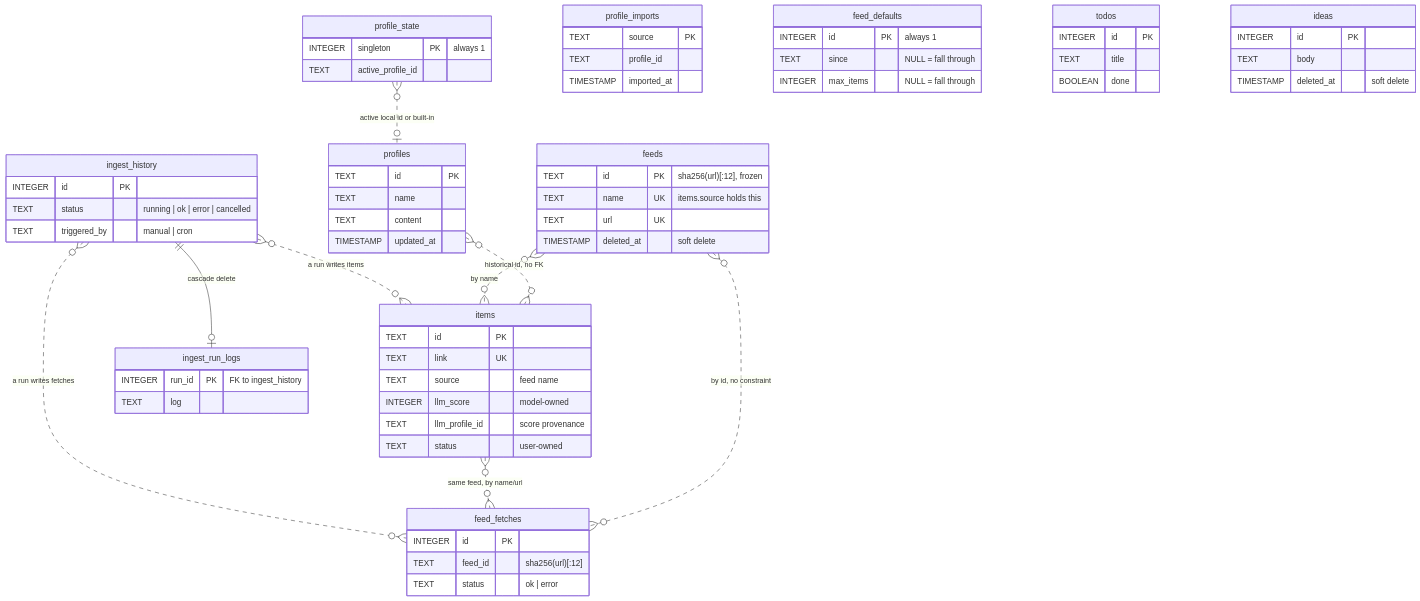
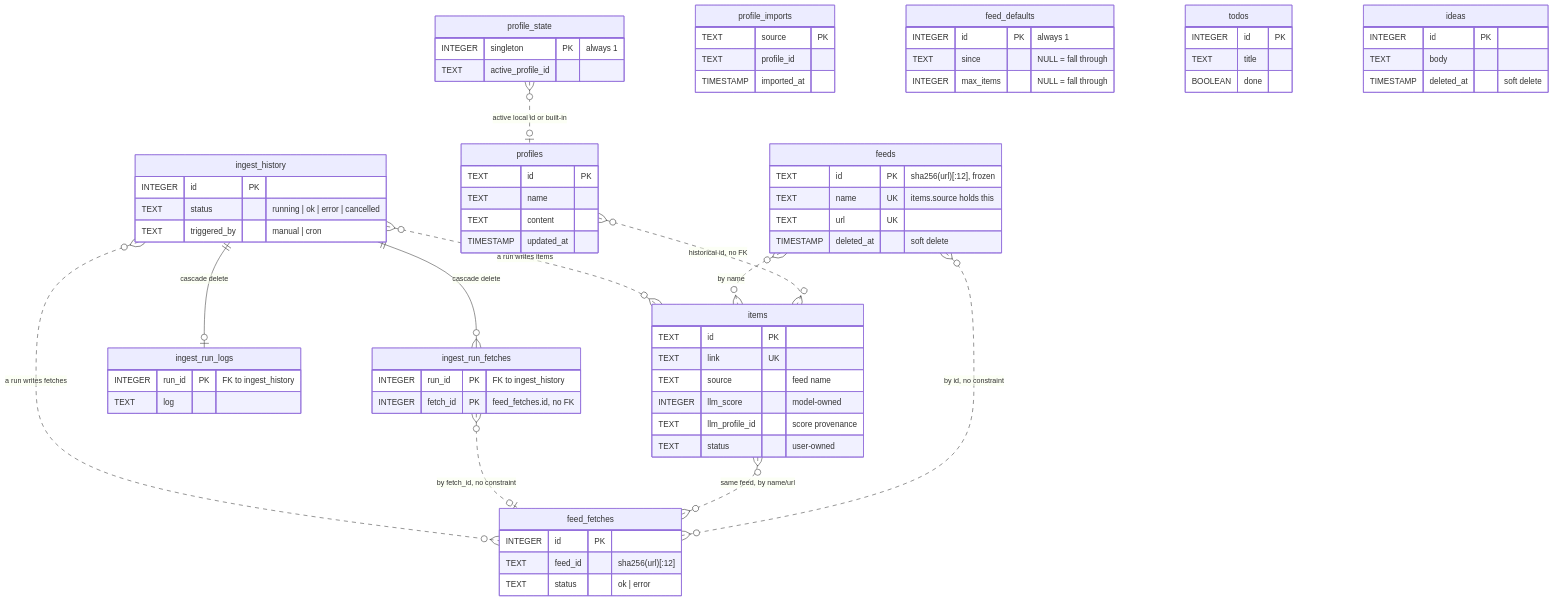
One commit to DanielBlei/rabbithole changed the first of 4 diagrams in docs/store.md. Above: the diagram before and after it, drawn with Mermaid. The commit also changed other lines of this file and 19 other files, not shown here.

First line of the commit message:
feat(sources): add an ingestion page with run history

````diff
--- a/docs/store.md
+++ b/docs/store.md
@@ -118,70 +118,76 @@
 ```mermaid
 erDiagram
     items {
         TEXT id PK
         TEXT link UK
         TEXT source "feed name"
         INTEGER llm_score "model-owned"
         TEXT llm_profile_id "score provenance"
         TEXT status "user-owned"
     }
     profiles {
         TEXT id PK
         TEXT name
         TEXT content
         TIMESTAMP updated_at
     }
     profile_state {
         INTEGER singleton PK "always 1"
         TEXT active_profile_id
     }
     profile_imports {
         TEXT source PK
         TEXT profile_id
         TIMESTAMP imported_at
     }
     feeds {
         TEXT id PK "sha256(url)[:12], frozen"
         TEXT name UK "items.source holds this"
         TEXT url UK
         TIMESTAMP deleted_at "soft delete"
     }
     feed_defaults {
         INTEGER id PK "always 1"
         TEXT since "NULL = fall through"
         INTEGER max_items "NULL = fall through"
     }
     feed_fetches {
         INTEGER id PK
         TEXT feed_id "sha256(url)[:12]"
         TEXT status "ok | error"
     }
     ingest_history {
         INTEGER id PK
         TEXT status "running | ok | error | cancelled"
         TEXT triggered_by "manual | cron"
     }
     ingest_run_logs {
         INTEGER run_id PK "FK to ingest_history"
         TEXT log
     }
+    ingest_run_fetches {
+        INTEGER run_id PK "FK to ingest_history"
+        INTEGER fetch_id PK "feed_fetches.id, no FK"
+    }
     todos {
         INTEGER id PK
         TEXT title
         BOOLEAN done
     }
     ideas {
         INTEGER id PK
         TEXT body
         TIMESTAMP deleted_at "soft delete"
     }
 
     ingest_history ||--o| ingest_run_logs : "cascade delete"
+    ingest_history ||--o{ ingest_run_fetches : "cascade delete"
     ingest_history }o..o{ items : "a run writes items"
     ingest_history }o..o{ feed_fetches : "a run writes fetches"
+    ingest_run_fetches }o..o| feed_fetches : "by fetch_id, no constraint"
     items }o..o{ feed_fetches : "same feed, by name/url"
     feeds }o..o{ feed_fetches : "by id, no constraint"
     feeds }o..o{ items : "by name"
     profiles }o..o{ items : "historical id, no FK"
     profile_state }o..o| profiles : "active local id or built-in"
 ```
````
